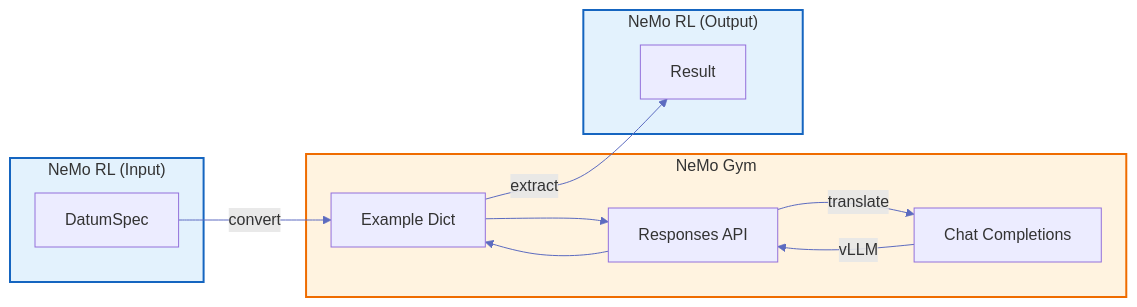
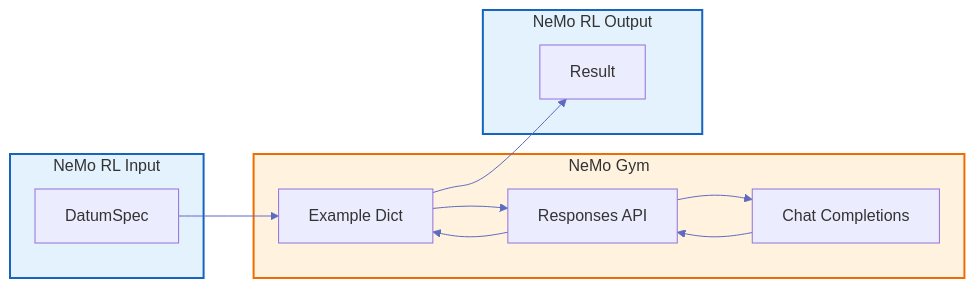
Before and after one commit to NVIDIA-NeMo/RL: the fifth of 5 diagrams in docs/design-docs/nemo-gym-integration.md, drawn with Mermaid. The commit also changed other lines of this file, not shown here.

````diff
--- a/docs/design-docs/nemo-gym-integration.md
+++ b/docs/design-docs/nemo-gym-integration.md
@@ -194,28 +214,28 @@
-```{mermaid}
+```mermaid
 %%{init: {'theme': 'default', 'themeVariables': { 'lineColor': '#5c6bc0', 'primaryTextColor': '#333'}}}%%
 flowchart LR
-    subgraph RL1["NeMo RL (Input)"]
+    subgraph RL1["NeMo RL Input"]
         Datum["DatumSpec"]
     end
     
     subgraph Gym["NeMo Gym"]
         Example["Example Dict"]
         ReqResp["Responses API"]
         ReqChat["Chat Completions"]
     end
     
-    subgraph RL2["NeMo RL (Output)"]
+    subgraph RL2["NeMo RL Output"]
         Result["Result"]
     end
     
-    Datum -->|"convert"| Example
+    Datum --> Example
     Example --> ReqResp
-    ReqResp -->|"translate"| ReqChat
-    ReqChat -->|"vLLM"| ReqResp
+    ReqResp --> ReqChat
+    ReqChat --> ReqResp
     ReqResp --> Example
-    Example -->|"extract"| Result
+    Example --> Result
 
     style RL1 fill:#e3f2fd,stroke:#1565c0,stroke-width:2px
     style RL2 fill:#e3f2fd,stroke:#1565c0,stroke-width:2px
     style Gym fill:#fff3e0,stroke:#ef6c00,stroke-width:2px
 ```
````
